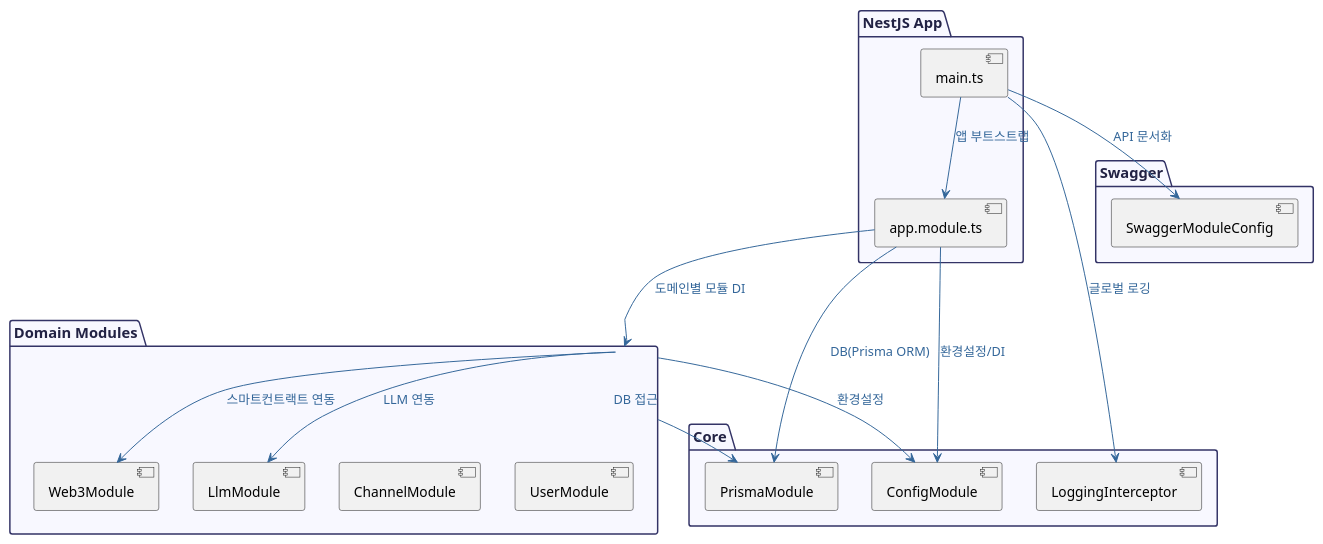
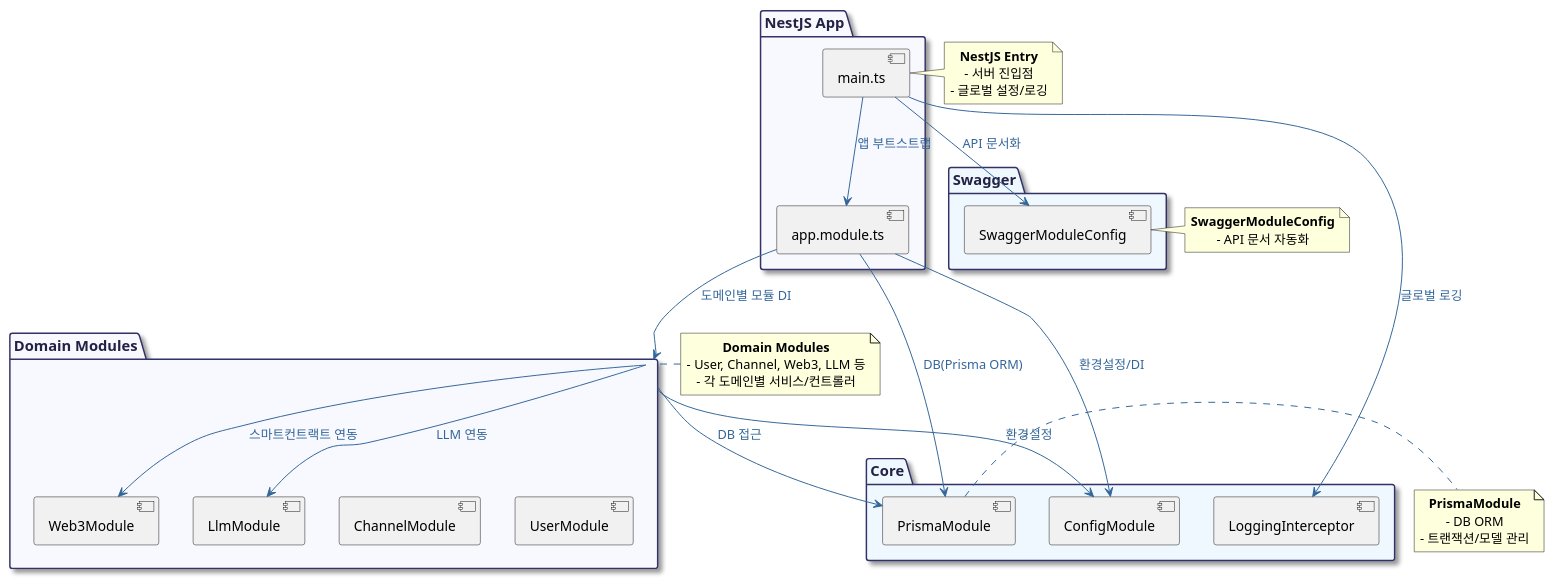
The diagram in backend/api/puml/architecture.puml (aw-birdgang/saiondo), drawn with PlantUML before and after one commit. The commit also changed 9 other files, not shown here.

```diff
--- a/backend/api/puml/architecture.puml
+++ b/backend/api/puml/architecture.puml
@@ -1,52 +1,76 @@
 @startuml
-' 스타일
 skinparam package {
   BackgroundColor #F8F8FF
   BorderColor #333366
   FontColor #222244
   FontSize 15
+  Shadowing true
 }
 skinparam rectangle {
   BackgroundColor #F0F8FF
   BorderColor #333366
   FontColor #222244
+  Shadowing true
 }
 skinparam ArrowColor #336699
 skinparam ArrowFontColor #336699
 skinparam ArrowFontSize 13
+skinparam defaultTextAlignment center
 
-' 주요 패키지
-package "NestJS App" {
-  [main.ts]
-  [app.module.ts]
+package "NestJS App" as nestjs #F8F8FF {
+  [main.ts] as main
+  [app.module.ts] as appmod
 }
 
-package "Core" {
-  [PrismaModule]
-  [ConfigModule]
-  [LoggingInterceptor]
+package "Core" as core #F0F8FF {
+  [PrismaModule] as prisma
+  [ConfigModule] as config
+  [LoggingInterceptor] as logging
 }
 
-package "Domain Modules" {
-  [UserModule]
-  [ChannelModule]
-  [Web3Module]
-  [LlmModule]
+package "Domain Modules" as domain #F8F8FF {
+  [UserModule] as user
+  [ChannelModule] as channel
+  [Web3Module] as web3
+  [LlmModule] as llm
 }
 
-package "Swagger" {
-  [SwaggerModuleConfig]
+package "Swagger" as swagger #F0F8FF {
+  [SwaggerModuleConfig] as swaggerconf
 }
 
-' 관계 및 설명
-[main.ts] --> [app.module.ts] : "앱 부트스트랩"
-[app.module.ts] --> [ConfigModule] : "환경설정/DI"
-[app.module.ts] --> [PrismaModule] : "DB(Prisma ORM)"
-[app.module.ts] --> [Domain Modules] : "도메인별 모듈 DI"
-[main.ts] --> [SwaggerModuleConfig] : "API 문서화"
-[main.ts] --> [LoggingInterceptor] : "글로벌 로깅"
-[Domain Modules] --> [PrismaModule] : "DB 접근"
-[Domain Modules] --> [ConfigModule] : "환경설정"
-[Domain Modules] --> [Web3Module] : "스마트컨트랙트 연동"
-[Domain Modules] --> [LlmModule] : "LLM 연동"
+main --> appmod : "앱 부트스트랩"
+appmod --> config : "환경설정/DI"
+appmod --> prisma : "DB(Prisma ORM)"
+appmod --> domain : "도메인별 모듈 DI"
+main --> swaggerconf : "API 문서화"
+main --> logging : "글로벌 로깅"
+domain --> prisma : "DB 접근"
+domain --> config : "환경설정"
+domain --> web3 : "스마트컨트랙트 연동"
+domain --> llm : "LLM 연동"
+
+note right of main
+  <b>NestJS Entry</b>
+  - 서버 진입점
+  - 글로벌 설정/로깅
+end note
+
+note left of domain
+  <b>Domain Modules</b>
+  - User, Channel, Web3, LLM 등
+  - 각 도메인별 서비스/컨트롤러
+end note
+
+note right of prisma
+  <b>PrismaModule</b>
+  - DB ORM
+  - 트랜잭션/모델 관리
+end note
+
+note right of swaggerconf
+  <b>SwaggerModuleConfig</b>
+  - API 문서 자동화
+end note
+
 @enduml
```
